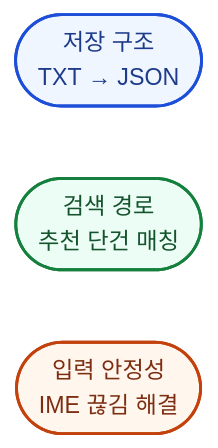
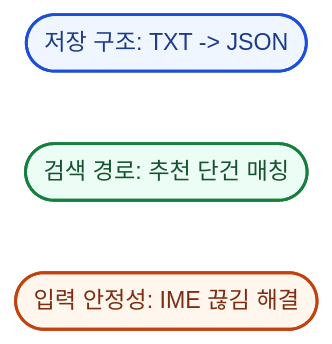
Diagram 20 of 22 in src/Reproject/README.md (jegalhb/JAVA_WIKI_ONLINE), drawn with Mermaid before and after one commit. The commit also changed other lines of this file, not shown here.

````diff
--- a/src/Reproject/README.md
+++ b/src/Reproject/README.md
@@ -699,14 +697,14 @@
 ```mermaid
 flowchart LR
-    K1([저장 구조\nTXT → JSON])
-    K2([검색 경로\n추천 단건 매칭])
-    K3([입력 안정성\nIME 끊김 해결])
+    K1([저장 구조: TXT -> JSON])
+    K2([검색 경로: 추천 단건 매칭])
+    K3([입력 안정성: IME 끊김 해결])
 
     classDef kpi1 fill:#eff6ff,stroke:#1d4ed8,color:#1e3a8a,stroke-width:2px;
     classDef kpi2 fill:#ecfdf5,stroke:#15803d,color:#14532d,stroke-width:2px;
     classDef kpi3 fill:#fff7ed,stroke:#c2410c,color:#7c2d12,stroke-width:2px;
 
     class K1 kpi1;
     class K2 kpi2;
     class K3 kpi3;
 ```
````
